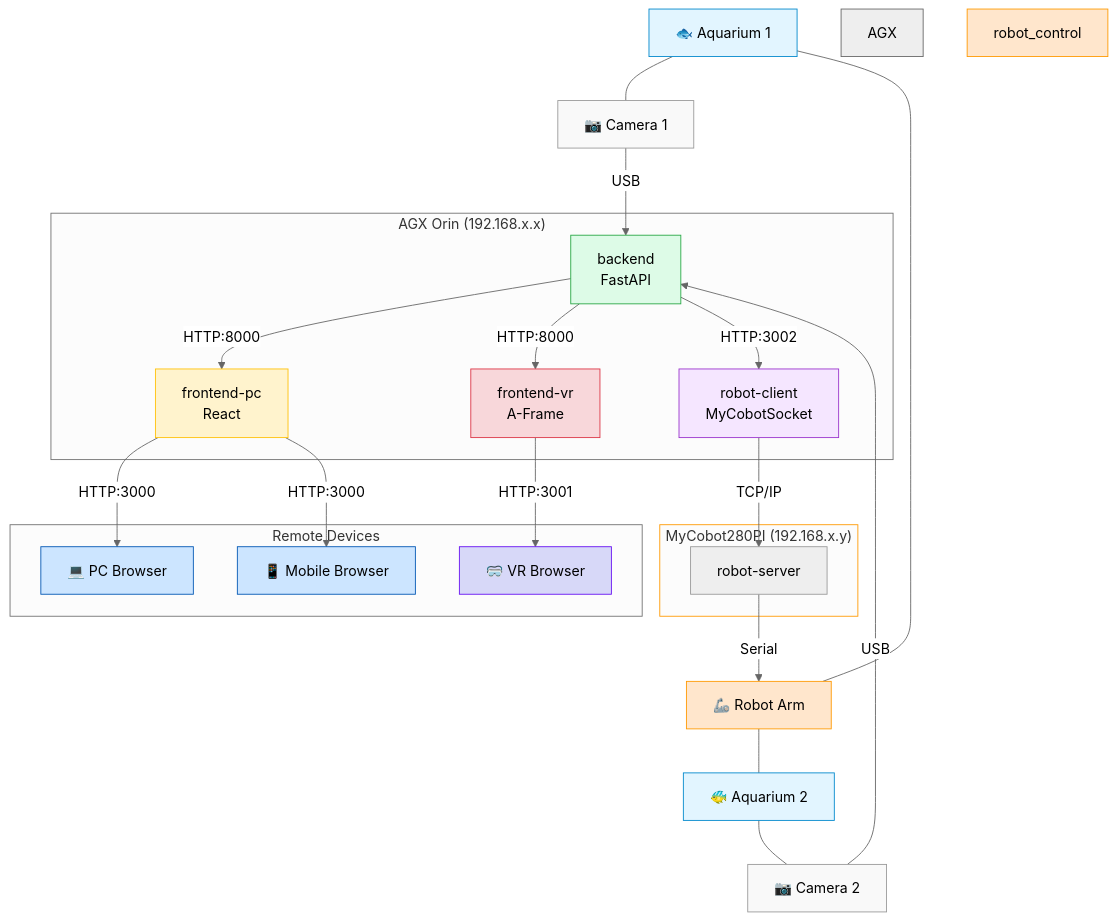
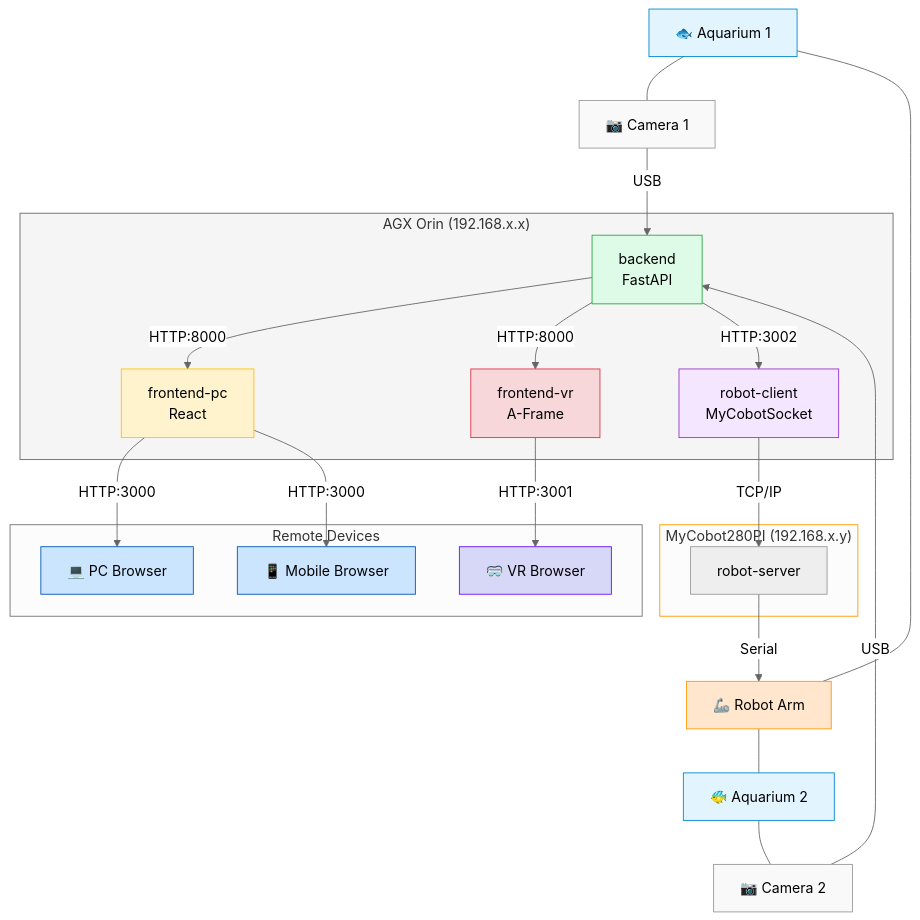
The diagram in README.md (hu-po/aquarius), drawn with Mermaid (neutral theme) before and after one commit.

````diff
--- a/README.md
+++ b/README.md
@@ -33,51 +33,50 @@
 ```mermaid
 flowchart TB
     aquarium1["🐟 Aquarium 1"]--- camera1["📷 Camera 1"]
     aquarium2["🐠 Aquarium 2"]--- camera2["📷 Camera 2"]
     robot_arm["🦾 Robot Arm"] --- aquarium1
     robot_arm --- aquarium2
     
-    subgraph AGX Orin["AGX Orin (192.168.x.x)"]
+    subgraph Edge["AGX Orin (192.168.x.x)"]
         backend["backend\n FastAPI"]
         fe_pc["frontend-pc\n React"]
         fe_vr["frontend-vr\n A-Frame"]
         robot_client["robot-client\nMyCobotSocket"]
         backend -- "HTTP:8000" --> fe_pc
         backend -- "HTTP:8000" --> fe_vr
         backend -- "HTTP:3002" --> robot_client
     end
     
     subgraph Robot["MyCobot280PI (192.168.x.y)"]
         robot_server["robot-server"]
     end
     
     subgraph Remote Devices
         pc["💻 PC Browser"]
         vr["🥽 VR Browser"]
         phone["📱 Mobile Browser"]
     end
     
     camera1 -- "USB" --> backend
     camera2 -- "USB" --> backend
     fe_pc -- "HTTP:3000" --> pc
     fe_pc -- "HTTP:3000" --> phone
     fe_vr -- "HTTP:3001" --> vr
     robot_client -- "TCP/IP" --> robot_server
     robot_server -- "Serial" --> robot_arm
 
     style aquarium1 fill:#e2f5ff,stroke:#0088cc
     style aquarium2 fill:#e2f5ff,stroke:#0088cc
-    style AGX Orin fill:#f5f5f5,stroke:#666666
+    style Edge fill:#f5f5f5,stroke:#666666
     style camera1 fill:#f9f9f9,stroke:#999999
     style camera2 fill:#f9f9f9,stroke:#999999
     style backend fill:#ddfbe7,stroke:#28a745
     style fe_pc fill:#fff3cd,stroke:#ffc107
     style fe_vr fill:#f8d7da,stroke:#dc3545
     style pc fill:#cce5ff,stroke:#0056b3
     style vr fill:#d7d8f8,stroke:#6610f2
     style phone fill:#cce5ff,stroke:#0056b3
     style Robot Pi fill:#ffe6cc,stroke:#ff9900
     style robot_client fill:#f5e6ff,stroke:#9933cc
-    style robot_control fill:#ffe6cc,stroke:#ff9900
     style robot_arm fill:#ffe6cc,stroke:#ff9900
 ```
````
